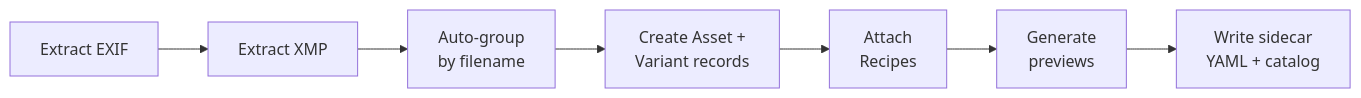
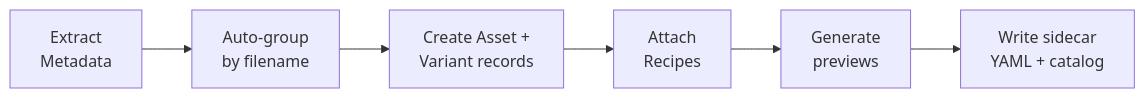
One commit to thoherr/maki changed the second of 2 diagrams in doc/manual/user-guide/03-ingest.md. Above: the diagram before and after it, drawn with Mermaid. The commit also changed other lines of this file and 1 other file, not shown here.

Commit message:
Refine import pipeline diagrams: scale first to 75%, merge metadata step
First diagram at 75% width for better centering. Second diagram
merges Extract EXIF + Extract XMP into single "Extract Metadata"
step (one fewer box, readable text size).

````diff
--- a/doc/manual/user-guide/03-ingest.md
+++ b/doc/manual/user-guide/03-ingest.md
@@ -22,9 +22,8 @@
 ```mermaid
 flowchart LR
-    E[Extract EXIF] --> F[Extract XMP]
-    F --> G[Auto-group<br/>by filename]
+    E[Extract<br/>Metadata] --> G[Auto-group<br/>by filename]
     G --> H[Create Asset +<br/>Variant records]
     H --> I[Attach<br/>Recipes]
     I --> J[Generate<br/>previews]
     J --> M[Write sidecar<br/>YAML + catalog]
 ```
````
